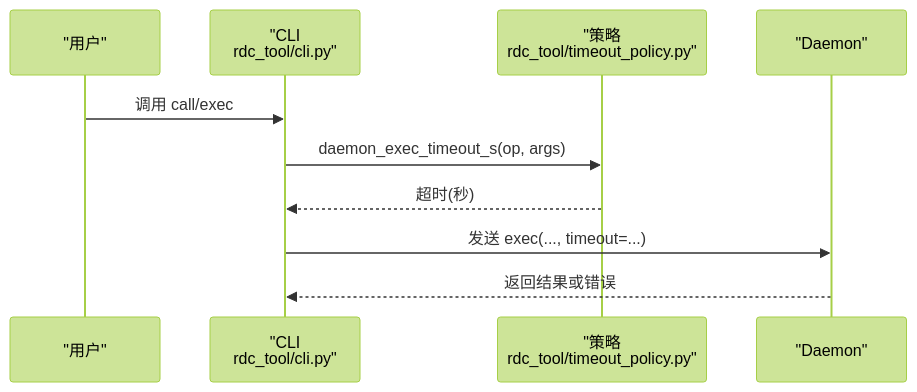
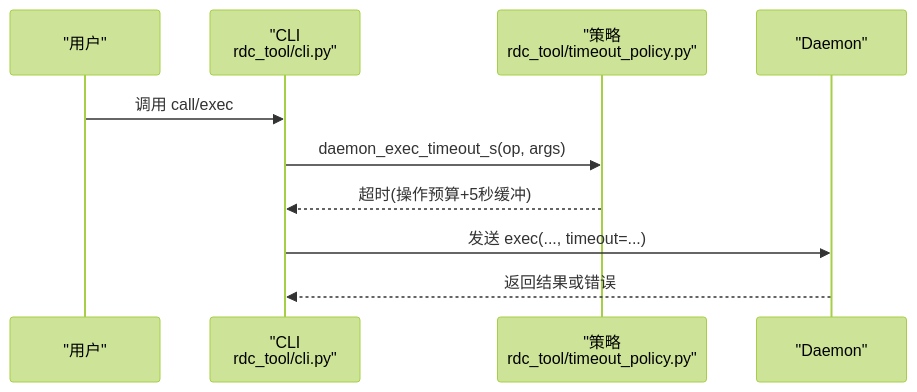
One commit to haolange/RDC-Tool changed the fourth of 5 diagrams in .qoder/repowiki/zh/content/运行时管理/超时策略管理.md. Above: the diagram before and after it, drawn with Mermaid (forest theme). The commit also changed other lines of this file and 79 other files, not shown here.

````diff
--- a/.qoder/repowiki/zh/content/运行时管理/超时策略管理.md
+++ b/.qoder/repowiki/zh/content/运行时管理/超时策略管理.md
@@ -177,12 +176,12 @@
 ```mermaid
 sequenceDiagram
 participant U as "用户"
 participant CLI as "CLI<br/>rdc_tool/cli.py"
 participant POL as "策略<br/>rdc_tool/timeout_policy.py"
 participant D as "Daemon"
 U->>CLI : 调用 call/exec
 CLI->>POL : daemon_exec_timeout_s(op, args)
-POL-->>CLI : 超时(秒)
+POL-->>CLI : 超时(操作预算+5秒缓冲)
 CLI->>D : 发送 exec(..., timeout=...)
 D-->>CLI : 返回结果或错误
 ```
````
